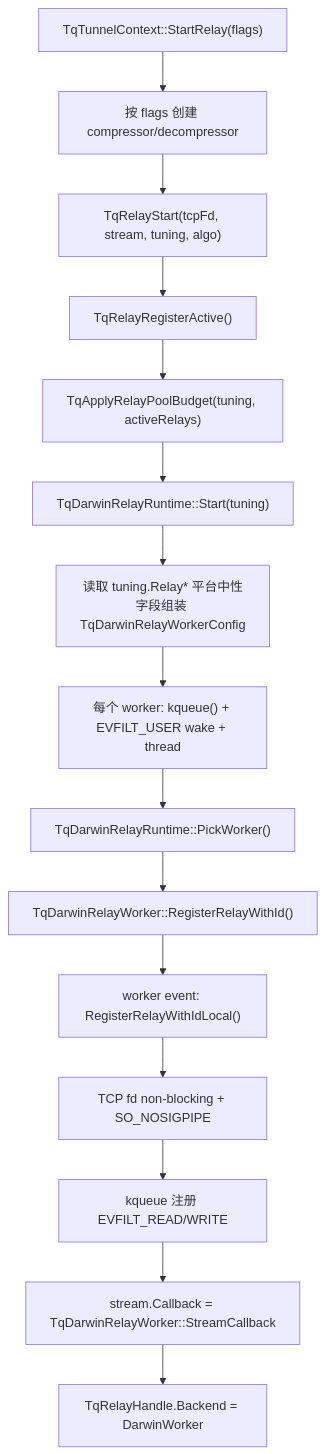
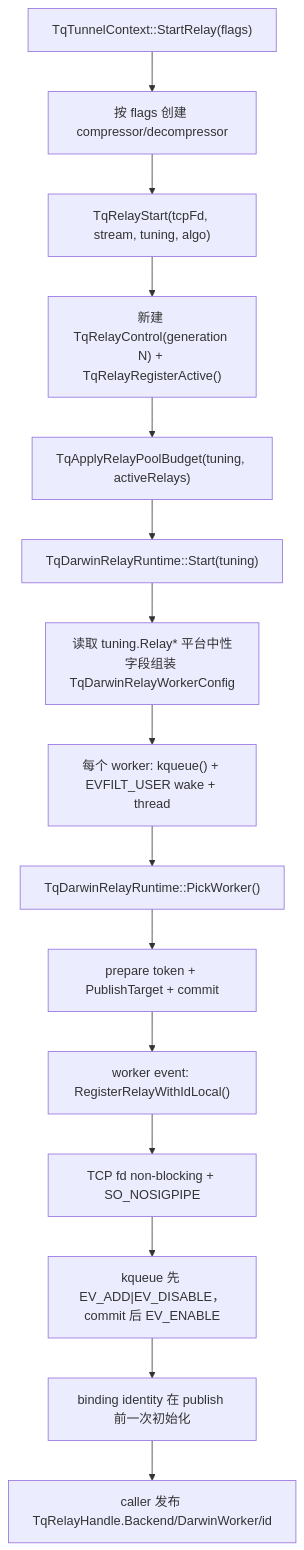
One commit to jack2007/tcpquic-proxy changed the first of 3 diagrams in docs/relay_macos.md. Above: the diagram before and after it, drawn with Mermaid. The commit also changed other lines of this file and 13 other files, not shown here.

Commit message:
docs(darwin): document relay control and remediation gates

````diff
--- a/docs/relay_macos.md
+++ b/docs/relay_macos.md
@@ -19,17 +19,17 @@
 ```mermaid
 flowchart TD
     A["TqTunnelContext::StartRelay(flags)"] --> B["按 flags 创建 compressor/decompressor"]
     B --> C["TqRelayStart(tcpFd, stream, tuning, algo)"]
-    C --> D["TqRelayRegisterActive()"]
+    C --> D["新建 TqRelayControl(generation N) + TqRelayRegisterActive()"]
     D --> E["TqApplyRelayPoolBudget(tuning, activeRelays)"]
     E --> F["TqDarwinRelayRuntime::Start(tuning)"]
     F --> G["读取 tuning.Relay* 平台中性字段组装 TqDarwinRelayWorkerConfig"]
     G --> H["每个 worker: kqueue() + EVFILT_USER wake + thread"]
     H --> I["TqDarwinRelayRuntime::PickWorker()"]
-    I --> J["TqDarwinRelayWorker::RegisterRelayWithId()"]
+    I --> J["prepare token + PublishTarget + commit"]
     J --> K["worker event: RegisterRelayWithIdLocal()"]
     K --> L["TCP fd non-blocking + SO_NOSIGPIPE"]
-    L --> M["kqueue 注册 EVFILT_READ/WRITE"]
-    M --> N["stream.Callback = TqDarwinRelayWorker::StreamCallback"]
-    N --> O["TqRelayHandle.Backend = DarwinWorker"]
+    L --> M["kqueue 先 EV_ADD|EV_DISABLE，commit 后 EV_ENABLE"]
+    M --> N["binding identity 在 publish 前一次初始化"]
+    N --> O["caller 发布 TqRelayHandle.Backend/DarwinWorker/id"]
 ```
````
